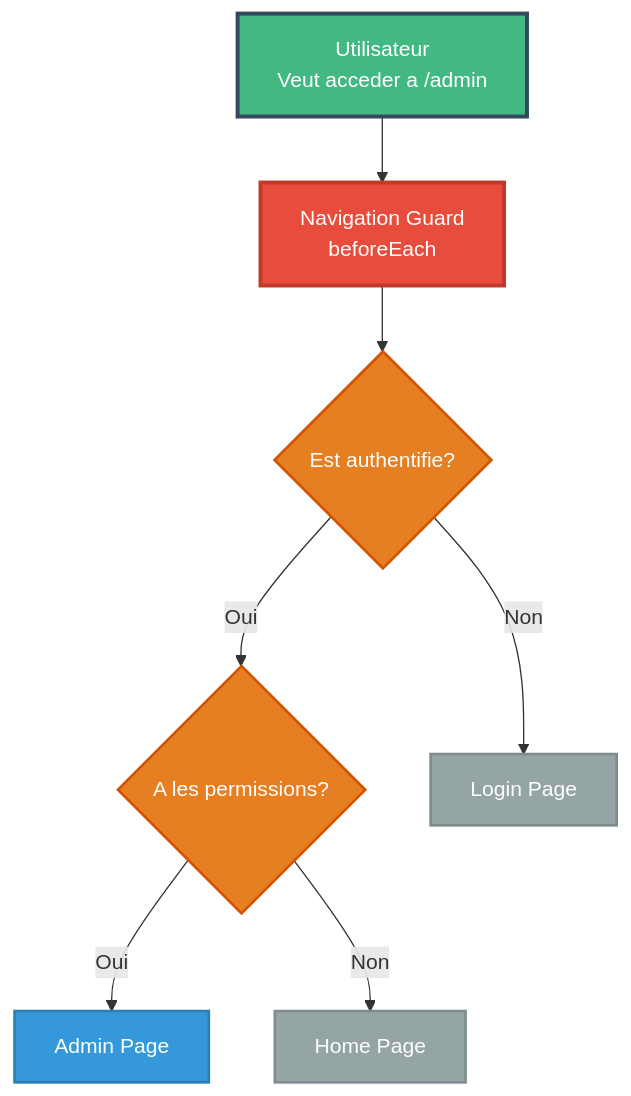
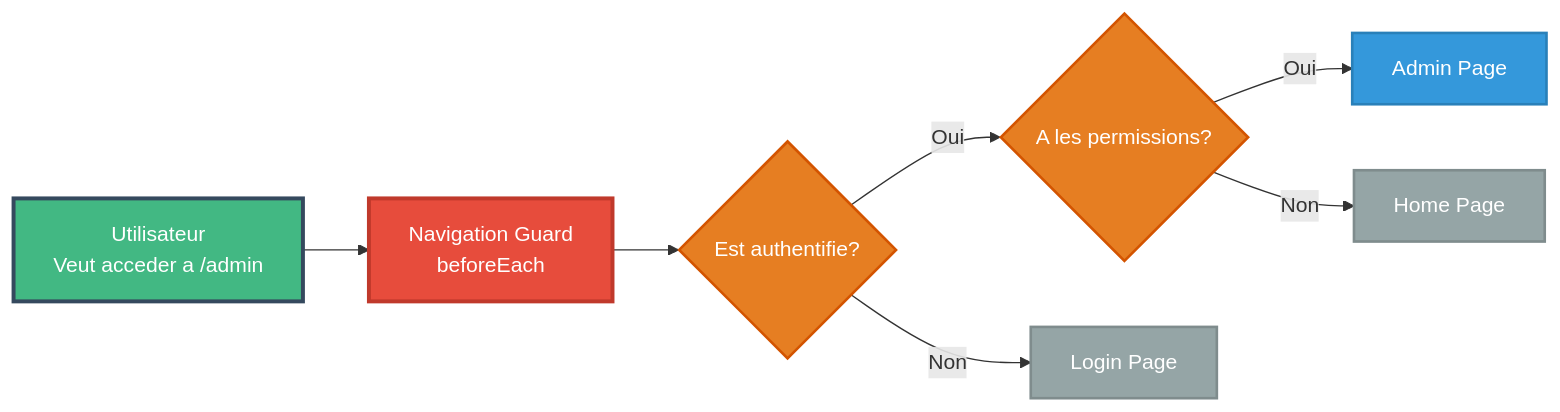
The second of 2 diagrams in pages/module5-vue-router.md (JSurquin/pylowt), drawn with Mermaid before and after one commit. The commit also changed 16 other files, not shown here.

````diff
--- a/pages/module5-vue-router.md
+++ b/pages/module5-vue-router.md
@@ -373,25 +373,25 @@
 ```mermaid
-graph TB
+graph LR
     U[Utilisateur<br/>Veut acceder a /admin]
     G[Navigation Guard<br/>beforeEach]
     A{Est authentifie?}
     P{A les permissions?}
     AD[Admin Page]
     L[Login Page]
     H[Home Page]
     
     U --> G
     G --> A
     A -->|Non| L
     A -->|Oui| P
     P -->|Oui| AD
     P -->|Non| H
     
     style U fill:#42b883,stroke:#35495e,stroke-width:3px,color:#fff
     style G fill:#e74c3c,stroke:#c0392b,stroke-width:3px,color:#fff
     style A fill:#e67e22,stroke:#d35400,stroke-width:2px,color:#fff
     style P fill:#e67e22,stroke:#d35400,stroke-width:2px,color:#fff
     style AD fill:#3498db,stroke:#2980b9,stroke-width:2px,color:#fff
     style L fill:#95a5a6,stroke:#7f8c8d,stroke-width:2px,color:#fff
     style H fill:#95a5a6,stroke:#7f8c8d,stroke-width:2px,color:#fff
 ```
````
